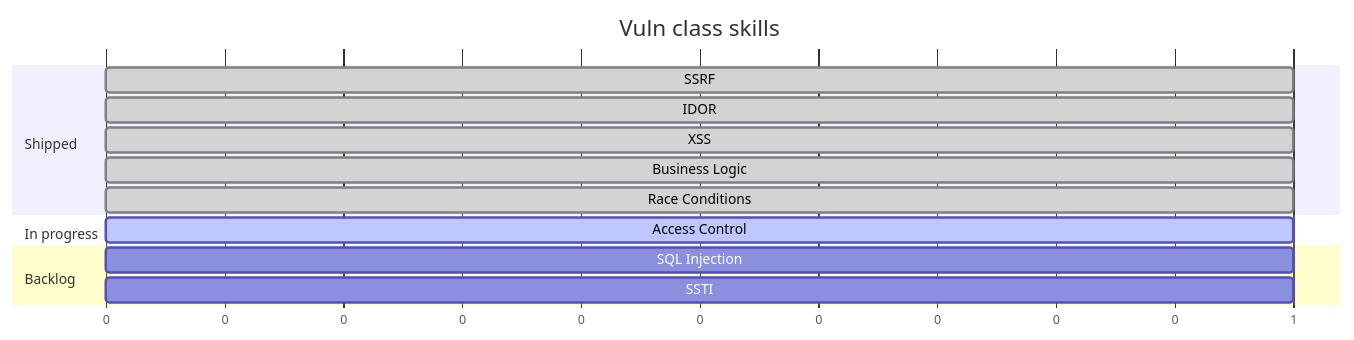
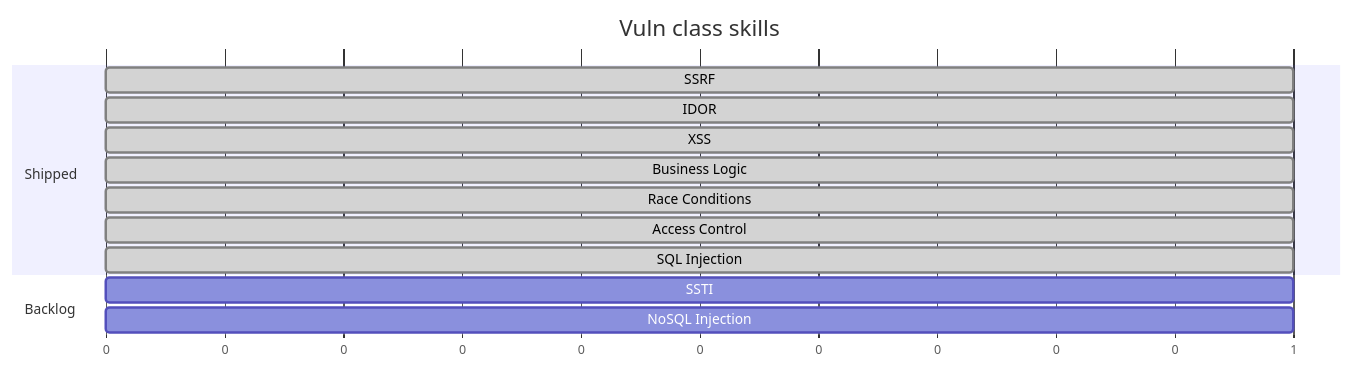
One commit to AmanJ24/claude-bountycraft-skills changed the third of 3 diagrams in README.md. Above: the diagram before and after it, drawn with Mermaid. The commit also changed other lines of this file, not shown here.

First line of the commit message:
Update README: SQL Injection shipped (7 skills)

````diff
--- a/README.md
+++ b/README.md
@@ -146,17 +148,17 @@
 ```mermaid
 gantt
     title Vuln class skills
     dateFormat X
     axisFormat %s
     section Shipped
     SSRF              :done, 0, 1
     IDOR              :done, 0, 1
     XSS               :done, 0, 1
     Business Logic    :done, 0, 1
     Race Conditions   :done, 0, 1
-    section In progress
-    Access Control    :active, 0, 1
+    Access Control    :done, 0, 1
+    SQL Injection     :done, 0, 1
     section Backlog
-    SQL Injection     :0, 1
     SSTI              :0, 1
+    NoSQL Injection   :0, 1
 ```
````
